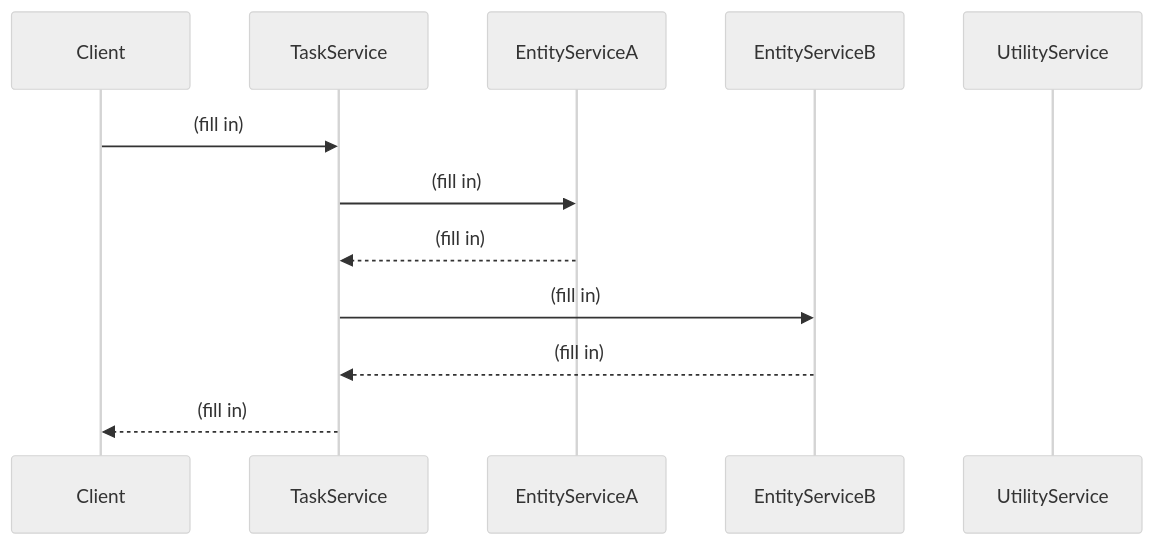
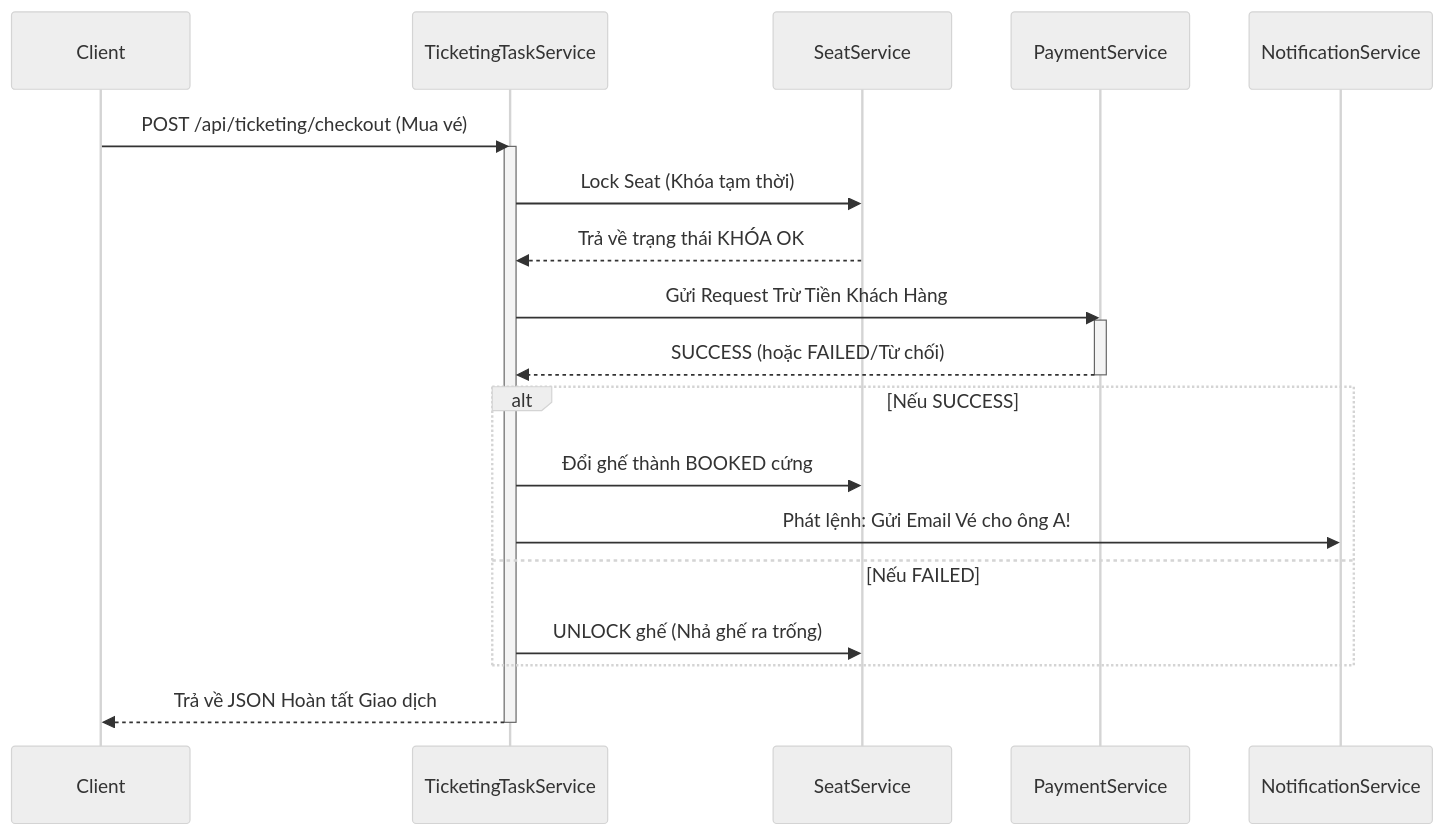
One commit to hungdn1701/microservices-assignment-starter changed the second of 4 diagrams in docs/analysis-and-design.md. Above: the diagram before and after it, drawn with Mermaid (neutral theme). The commit also changed other lines of this file and 7 other files, not shown here.

````diff
--- a/docs/analysis-and-design.md
+++ b/docs/analysis-and-design.md
@@ -105,15 +128,29 @@
 ```mermaid
 sequenceDiagram
     participant Client
-    participant TaskService
-    participant EntityServiceA
-    participant EntityServiceB
-    participant UtilityService
+    participant TicketingTaskService
+    participant SeatService
+    participant PaymentService
+    participant NotificationService
 
-    Client->>TaskService: (fill in)
-    TaskService->>EntityServiceA: (fill in)
-    EntityServiceA-->>TaskService: (fill in)
-    TaskService->>EntityServiceB: (fill in)
-    EntityServiceB-->>TaskService: (fill in)
-    TaskService-->>Client: (fill in)
+    Client->>TicketingTaskService: POST /api/ticketing/checkout (Mua vé)
+    activate TicketingTaskService
+    
+    TicketingTaskService->>SeatService: Lock Seat (Khóa tạm thời)
+    SeatService-->>TicketingTaskService: Trả về trạng thái KHÓA OK
+    
+    TicketingTaskService->>PaymentService: Gửi Request Trừ Tiền Khách Hàng
+    activate PaymentService
+    PaymentService-->>TicketingTaskService: SUCCESS (hoặc FAILED/Từ chối)
+    deactivate PaymentService
+    
+    alt Nếu SUCCESS
+        TicketingTaskService->>SeatService: Đổi ghế thành BOOKED cứng
+        TicketingTaskService->>NotificationService: Phát lệnh: Gửi Email Vé cho ông A!
+    else Nếu FAILED
+        TicketingTaskService->>SeatService: UNLOCK ghế (Nhả ghế ra trống)
+    end
+    
+    TicketingTaskService-->>Client: Trả về JSON Hoàn tất Giao dịch
+    deactivate TicketingTaskService
 ```
````
